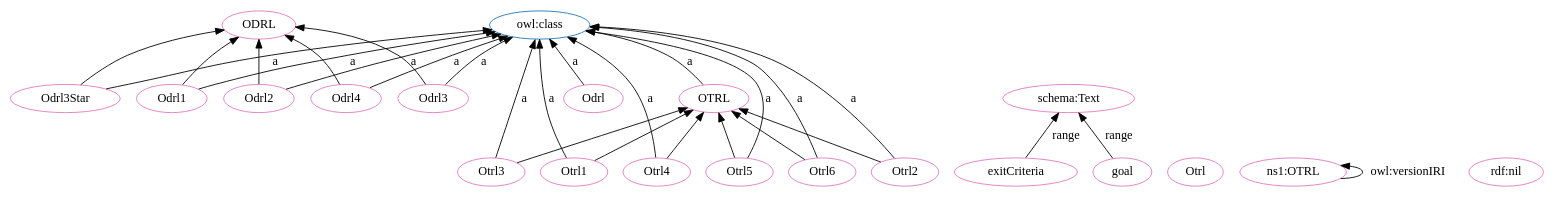
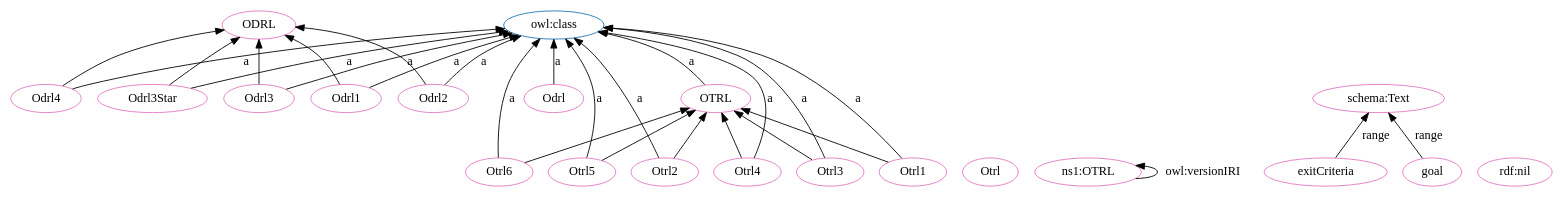
The diagram in OTRL-clean.dot (OPEN-NEXT/OKH-LOSH), drawn with Graphviz before and after one commit. The commit also changed other lines of this file and 16 other files, not shown here.

```diff
--- a/OTRL-clean.dot
+++ b/OTRL-clean.dot
@@ -1,54 +1,54 @@
 digraph G {
   rankdir=BT
   node[height=.3]
+"http://purl.org/oseg/ontologies/OTRL#ODRL" [fillcolor="#1f77b4" color="#1f77b4" label="ODRL"]
 "http://purl.org/oseg/ontologies/OTRL#OTRL" [fillcolor="#1f77b4" color="#1f77b4" label="OTRL"]
-"http://purl.org/oseg/ontologies/OTRL#ODRL" [fillcolor="#1f77b4" color="#1f77b4" label="ODRL"]
 "http://www.w3.org/2002/07/owl#class" [fillcolor="#1f77b4" color="#1f77b4" label="owl:class"]
+"http://purl.org/oseg/ontologies/OTRL#OTRL" [fillcolor="#e377c2" color="#e377c2" label="OTRL"]
 "http://purl.org/oseg/ontologies/OTRL#ODRL" [fillcolor="#e377c2" color="#e377c2" label="ODRL"]
 "http://purl.org/oseg/ontologies/OTRL#Odrl" [fillcolor="#e377c2" color="#e377c2" label="Odrl"]
-"http://purl.org/oseg/ontologies/OTRL#OTRL" [fillcolor="#e377c2" color="#e377c2" label="OTRL"]
-"http://purl.org/oseg/ontologies/OTRL#Otrl3" [fillcolor="#e377c2" color="#e377c2" label="Otrl3"]
-"http://purl.org/oseg/ontologies/OTRL#exitCriteria" [fillcolor="#e377c2" color="#e377c2" label="exitCriteria"]
 "http://purl.org/oseg/ontologies/OTRL#Otrl" [fillcolor="#e377c2" color="#e377c2" label="Otrl"]
 "http://purl.org/oseg/ontologies/OTRL" [fillcolor="#e377c2" color="#e377c2" label="ns1:OTRL"]
+"http://purl.org/oseg/ontologies/OTRL#Odrl4" [fillcolor="#e377c2" color="#e377c2" label="Odrl4"]
+"http://purl.org/oseg/ontologies/OTRL#Otrl6" [fillcolor="#e377c2" color="#e377c2" label="Otrl6"]
+"http://schema.org/Text" [fillcolor="#e377c2" color="#e377c2" label="schema:Text"]
+"http://purl.org/oseg/ontologies/OTRL#exitCriteria" [fillcolor="#e377c2" color="#e377c2" label="exitCriteria"]
+"http://purl.org/oseg/ontologies/OTRL#Otrl5" [fillcolor="#e377c2" color="#e377c2" label="Otrl5"]
+"http://purl.org/oseg/ontologies/OTRL#Odrl3Star" [fillcolor="#e377c2" color="#e377c2" label="Odrl3Star"]
+"http://purl.org/oseg/ontologies/OTRL#Otrl2" [fillcolor="#e377c2" color="#e377c2" label="Otrl2"]
+"http://www.w3.org/1999/02/22-rdf-syntax-ns#nil" [fillcolor="#e377c2" color="#e377c2" label="rdf:nil"]
+"http://purl.org/oseg/ontologies/OTRL#Otrl4" [fillcolor="#e377c2" color="#e377c2" label="Otrl4"]
+"http://purl.org/oseg/ontologies/OTRL#Odrl3" [fillcolor="#e377c2" color="#e377c2" label="Odrl3"]
+"http://purl.org/oseg/ontologies/OTRL#goal" [fillcolor="#e377c2" color="#e377c2" label="goal"]
 "http://purl.org/oseg/ontologies/OTRL#Odrl1" [fillcolor="#e377c2" color="#e377c2" label="Odrl1"]
-"http://schema.org/Text" [fillcolor="#e377c2" color="#e377c2" label="schema:Text"]
+"http://purl.org/oseg/ontologies/OTRL#Otrl3" [fillcolor="#e377c2" color="#e377c2" label="Otrl3"]
+"http://purl.org/oseg/ontologies/OTRL#Otrl1" [fillcolor="#e377c2" color="#e377c2" label="Otrl1"]
 "http://purl.org/oseg/ontologies/OTRL#Odrl2" [fillcolor="#e377c2" color="#e377c2" label="Odrl2"]
-"http://purl.org/oseg/ontologies/OTRL#Otrl1" [fillcolor="#e377c2" color="#e377c2" label="Otrl1"]
-"http://purl.org/oseg/ontologies/OTRL#Otrl6" [fillcolor="#e377c2" color="#e377c2" label="Otrl6"]
-"http://purl.org/oseg/ontologies/OTRL#Otrl5" [fillcolor="#e377c2" color="#e377c2" label="Otrl5"]
-"http://purl.org/oseg/ontologies/OTRL#Otrl2" [fillcolor="#e377c2" color="#e377c2" label="Otrl2"]
-"http://purl.org/oseg/ontologies/OTRL#goal" [fillcolor="#e377c2" color="#e377c2" label="goal"]
-"http://www.w3.org/1999/02/22-rdf-syntax-ns#nil" [fillcolor="#e377c2" color="#e377c2" label="rdf:nil"]
-"http://purl.org/oseg/ontologies/OTRL#Odrl4" [fillcolor="#e377c2" color="#e377c2" label="Odrl4"]
-"http://purl.org/oseg/ontologies/OTRL#Otrl4" [fillcolor="#e377c2" color="#e377c2" label="Otrl4"]
-"http://purl.org/oseg/ontologies/OTRL#Odrl3Star" [fillcolor="#e377c2" color="#e377c2" label="Odrl3Star"]
-"http://purl.org/oseg/ontologies/OTRL#Odrl3" [fillcolor="#e377c2" color="#e377c2" label="Odrl3"]
-  "http://purl.org/oseg/ontologies/OTRL#Otrl3" -> "http://www.w3.org/2002/07/owl#class" [label="a"]
+  "http://purl.org/oseg/ontologies/OTRL#Odrl3Star" -> "http://purl.org/oseg/ontologies/OTRL#ODRL" [label=""]
+  "http://purl.org/oseg/ontologies/OTRL#Odrl" -> "http://www.w3.org/2002/07/owl#class" [label="a"]
+  "http://purl.org/oseg/ontologies/OTRL#Otrl6" -> "http://www.w3.org/2002/07/owl#class" [label="a"]
   "http://purl.org/oseg/ontologies/OTRL#Otrl5" -> "http://purl.org/oseg/ontologies/OTRL#OTRL" [label=""]
   "http://purl.org/oseg/ontologies/OTRL#goal" -> "http://schema.org/Text" [label="range"]
   "http://purl.org/oseg/ontologies/OTRL#Odrl2" -> "http://www.w3.org/2002/07/owl#class" [label="a"]
-  "http://purl.org/oseg/ontologies/OTRL#Otrl1" -> "http://www.w3.org/2002/07/owl#class" [label="a"]
-  "http://purl.org/oseg/ontologies/OTRL#Odrl" -> "http://www.w3.org/2002/07/owl#class" [label="a"]
+  "http://purl.org/oseg/ontologies/OTRL#Otrl1" -> "http://purl.org/oseg/ontologies/OTRL#OTRL" [label=""]
+  "http://purl.org/oseg/ontologies/OTRL" -> "http://purl.org/oseg/ontologies/OTRL" [label="owl:versionIRI"]
+  "http://purl.org/oseg/ontologies/OTRL#Otrl2" -> "http://purl.org/oseg/ontologies/OTRL#OTRL" [label=""]
   "http://purl.org/oseg/ontologies/OTRL#Otrl4" -> "http://purl.org/oseg/ontologies/OTRL#OTRL" [label=""]
-  "http://purl.org/oseg/ontologies/OTRL#Otrl6" -> "http://purl.org/oseg/ontologies/OTRL#OTRL" [label=""]
-  "http://purl.org/oseg/ontologies/OTRL#Otrl2" -> "http://purl.org/oseg/ontologies/OTRL#OTRL" [label=""]
+  "http://purl.org/oseg/ontologies/OTRL#Odrl4" -> "http://www.w3.org/2002/07/owl#class" [label="a"]
+  "http://purl.org/oseg/ontologies/OTRL#exitCriteria" -> "http://schema.org/Text" [label="range"]
+  "http://purl.org/oseg/ontologies/OTRL#Otrl5" -> "http://www.w3.org/2002/07/owl#class" [label="a"]
+  "http://purl.org/oseg/ontologies/OTRL#Odrl3Star" -> "http://www.w3.org/2002/07/owl#class" [label="a"]
+  "http://purl.org/oseg/ontologies/OTRL#Odrl2" -> "http://purl.org/oseg/ontologies/OTRL#ODRL" [label=""]
+  "http://purl.org/oseg/ontologies/OTRL#Otrl2" -> "http://www.w3.org/2002/07/owl#class" [label="a"]
+  "http://purl.org/oseg/ontologies/OTRL#Otrl4" -> "http://www.w3.org/2002/07/owl#class" [label="a"]
   "http://purl.org/oseg/ontologies/OTRL#Odrl3" -> "http://www.w3.org/2002/07/owl#class" [label="a"]
-  "http://purl.org/oseg/ontologies/OTRL#Odrl4" -> "http://purl.org/oseg/ontologies/OTRL#ODRL" [label=""]
-  "http://purl.org/oseg/ontologies/OTRL#OTRL" -> "http://www.w3.org/2002/07/owl#class" [label="a"]
   "http://purl.org/oseg/ontologies/OTRL#Odrl3" -> "http://purl.org/oseg/ontologies/OTRL#ODRL" [label=""]
   "http://purl.org/oseg/ontologies/OTRL#Odrl1" -> "http://www.w3.org/2002/07/owl#class" [label="a"]
-  "http://purl.org/oseg/ontologies/OTRL#Otrl6" -> "http://www.w3.org/2002/07/owl#class" [label="a"]
-  "http://purl.org/oseg/ontologies/OTRL#Otrl5" -> "http://www.w3.org/2002/07/owl#class" [label="a"]
-  "http://purl.org/oseg/ontologies/OTRL#Otrl2" -> "http://www.w3.org/2002/07/owl#class" [label="a"]
+  "http://purl.org/oseg/ontologies/OTRL#OTRL" -> "http://www.w3.org/2002/07/owl#class" [label="a"]
+  "http://purl.org/oseg/ontologies/OTRL#Otrl3" -> "http://www.w3.org/2002/07/owl#class" [label="a"]
   "http://purl.org/oseg/ontologies/OTRL#Otrl3" -> "http://purl.org/oseg/ontologies/OTRL#OTRL" [label=""]
-  "http://purl.org/oseg/ontologies/OTRL" -> "http://purl.org/oseg/ontologies/OTRL" [label="owl:versionIRI"]
-  "http://purl.org/oseg/ontologies/OTRL#Odrl4" -> "http://www.w3.org/2002/07/owl#class" [label="a"]
-  "http://purl.org/oseg/ontologies/OTRL#Otrl1" -> "http://purl.org/oseg/ontologies/OTRL#OTRL" [label=""]
+  "http://purl.org/oseg/ontologies/OTRL#Otrl6" -> "http://purl.org/oseg/ontologies/OTRL#OTRL" [label=""]
   "http://purl.org/oseg/ontologies/OTRL#Odrl1" -> "http://purl.org/oseg/ontologies/OTRL#ODRL" [label=""]
-  "http://purl.org/oseg/ontologies/OTRL#Odrl2" -> "http://purl.org/oseg/ontologies/OTRL#ODRL" [label=""]
-  "http://purl.org/oseg/ontologies/OTRL#Odrl3Star" -> "http://purl.org/oseg/ontologies/OTRL#ODRL" [label=""]
-  "http://purl.org/oseg/ontologies/OTRL#Otrl4" -> "http://www.w3.org/2002/07/owl#class" [label="a"]
-  "http://purl.org/oseg/ontologies/OTRL#Odrl3Star" -> "http://www.w3.org/2002/07/owl#class" [label="a"]
-  "http://purl.org/oseg/ontologies/OTRL#exitCriteria" -> "http://schema.org/Text" [label="range"]
+  "http://purl.org/oseg/ontologies/OTRL#Otrl1" -> "http://www.w3.org/2002/07/owl#class" [label="a"]
+  "http://purl.org/oseg/ontologies/OTRL#Odrl4" -> "http://purl.org/oseg/ontologies/OTRL#ODRL" [label=""]
 }
```
